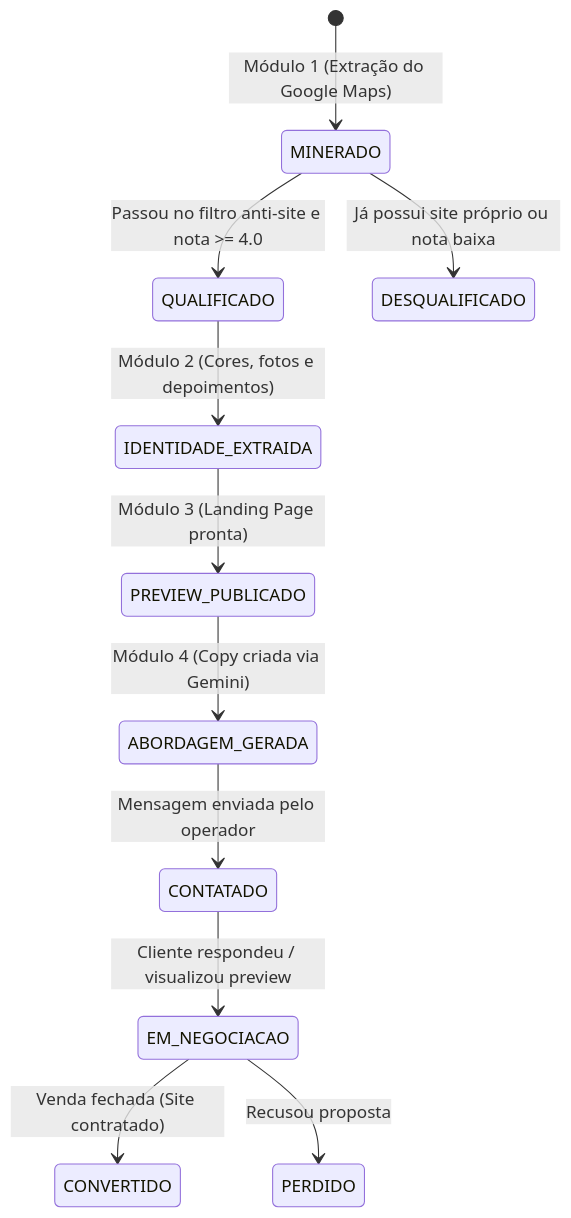
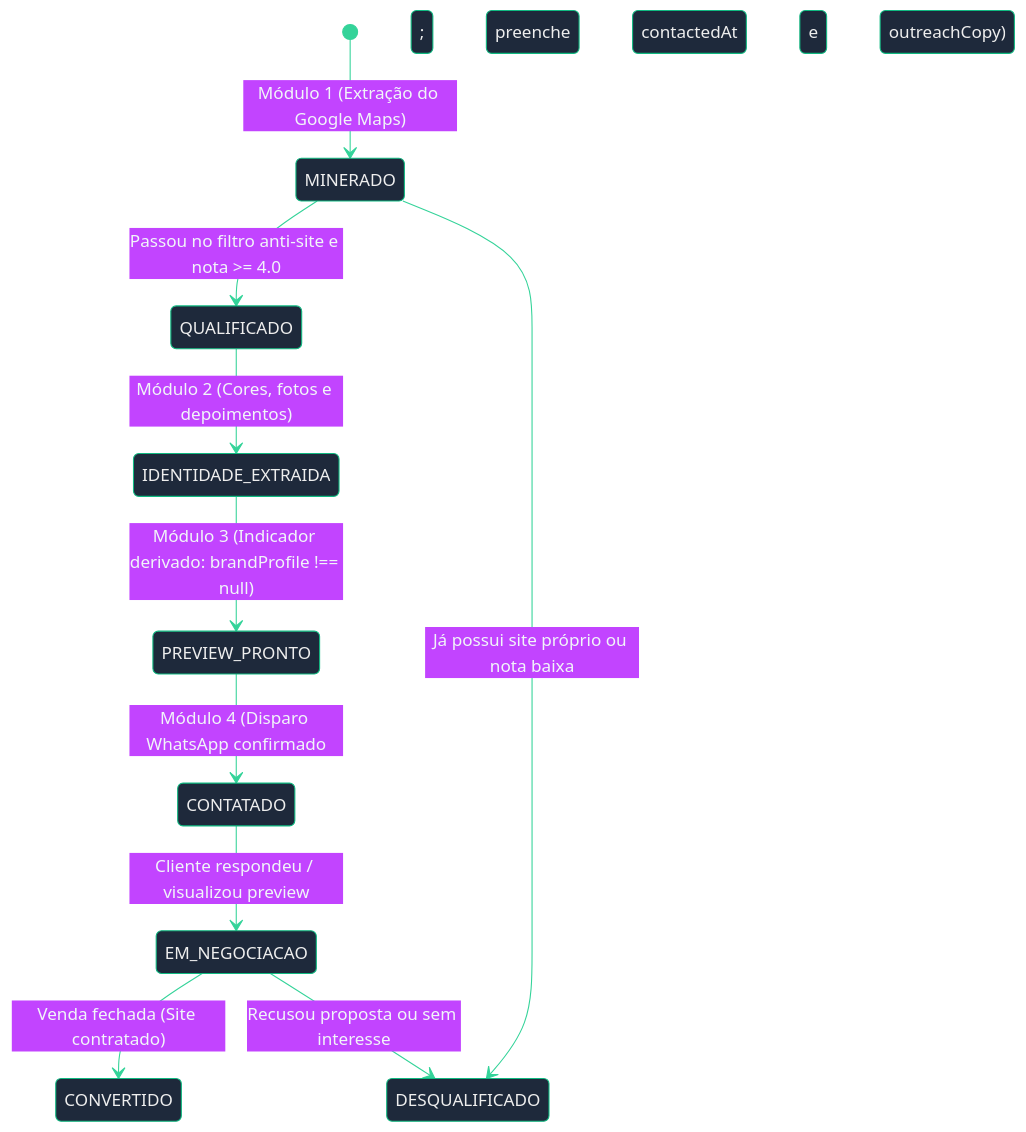
One commit to rb-belarmino/VitrineLocal changed the third of 4 diagrams in docs/architecture.md. Above: the diagram before and after it, drawn with Mermaid. The commit also changed other lines of this file and 30 other files, not shown here.

Commit message:
feat: add outreach CRM module with operational portal, API routes, and AI copy generation

````diff
--- a/docs/architecture.md
+++ b/docs/architecture.md
@@ -136,16 +141,15 @@
 ```mermaid
+%%{init: {'theme':'base', 'themeVariables': { 'darkMode': true, 'background': '#0f172a', 'mainBkg': '#1e293b', 'nodeBorder': '#10b981', 'clusterBkg': '#111827', 'titleColor': '#f8fafc', 'textColor': '#f1f5f9', 'lineColor': '#34d399'}}}%%
 stateDiagram-v2
     [*] --> MINERADO: Módulo 1 (Extração do Google Maps)
     MINERADO --> QUALIFICADO: Passou no filtro anti-site e nota >= 4.0
     MINERADO --> DESQUALIFICADO: Já possui site próprio ou nota baixa
 
     QUALIFICADO --> IDENTIDADE_EXTRAIDA: Módulo 2 (Cores, fotos e depoimentos)
-    IDENTIDADE_EXTRAIDA --> PREVIEW_PUBLICADO: Módulo 3 (Landing Page pronta)
+    IDENTIDADE_EXTRAIDA --> PREVIEW_PRONTO: Módulo 3 (Indicador derivado: brandProfile !== null)
 
-    PREVIEW_PUBLICADO --> ABORDAGEM_GERADA: Módulo 4 (Copy criada via Gemini)
-    ABORDAGEM_GERADA --> CONTATADO: Mensagem enviada pelo operador
-
+    PREVIEW_PRONTO --> CONTATADO: Módulo 4 (Disparo WhatsApp confirmado; preenche contactedAt e outreachCopy)
     CONTATADO --> EM_NEGOCIACAO: Cliente respondeu / visualizou preview
     EM_NEGOCIACAO --> CONVERTIDO: Venda fechada (Site contratado)
-    EM_NEGOCIACAO --> PERDIDO: Recusou proposta
+    EM_NEGOCIACAO --> DESQUALIFICADO: Recusou proposta ou sem interesse
 ```
````
